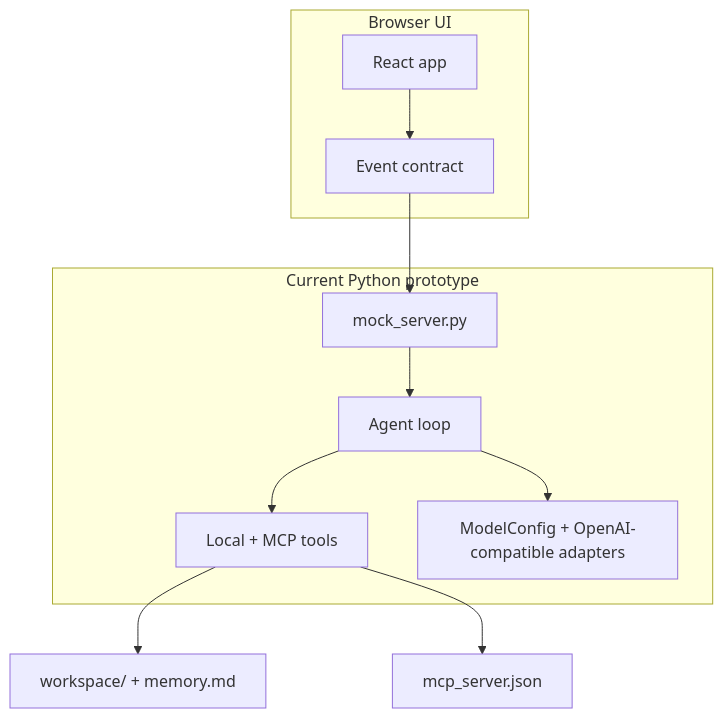
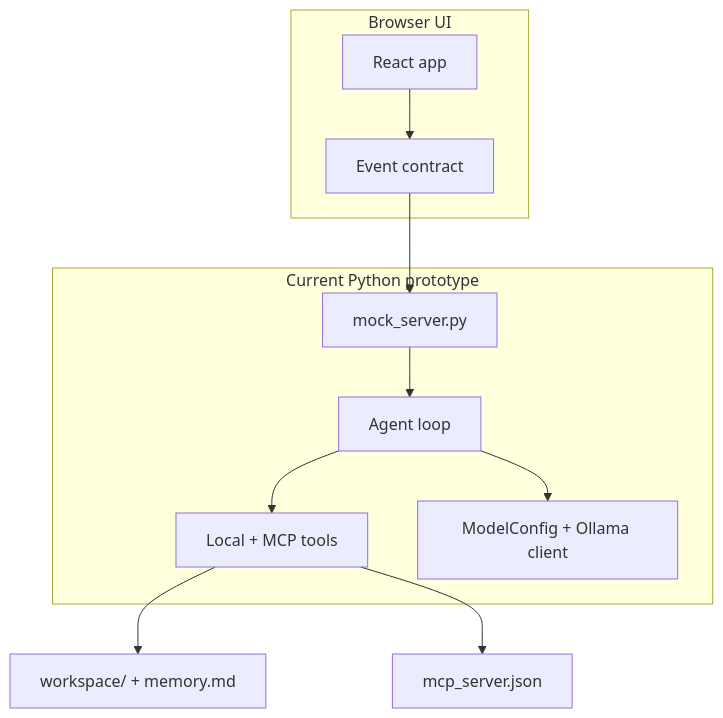
One commit to LS-Stray-Synapses/Axol changed the first of 2 diagrams in docs/Architecture/Overview.md. Above: the diagram before and after it, drawn with Mermaid. The commit also changed other lines of this file and 13 other files, not shown here.

Commit message:
- Chagned OpenAI to Ollama library - Added streaming for thinking, text, tool_call, tool_result, etc. - Updated documentations

````diff
--- a/docs/Architecture/Overview.md
+++ b/docs/Architecture/Overview.md
@@ -13,22 +13,22 @@
 ```mermaid
 flowchart TB
     subgraph Browser[Browser UI]
         UI[React app]
         Contract[Event contract]
     end
 
     subgraph Runtime[Current Python prototype]
         Mock[mock_server.py]
         Agent[Agent loop]
         Tools[Local + MCP tools]
-        Models[ModelConfig + OpenAI-compatible adapters]
+        Models[ModelConfig + Ollama client]
     end
 
     UI --> Contract
     Contract --> Mock
     Mock --> Agent
     Agent --> Tools
     Agent --> Models
     Tools --> Workspace[workspace/ + memory.md]
     Tools --> MCP[mcp_server.json]
 ```
````
